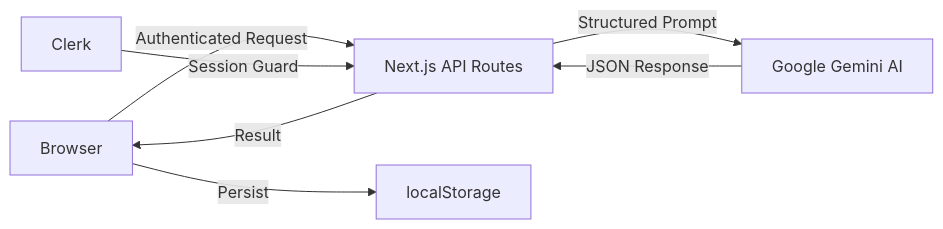
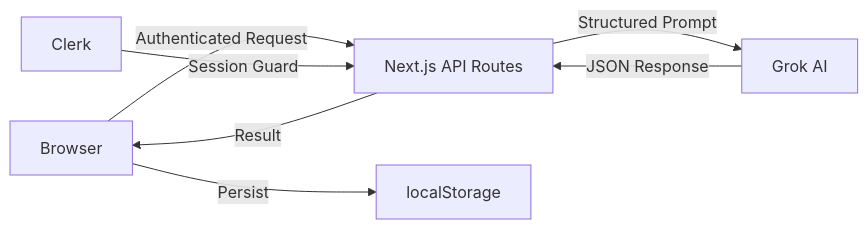
Before and after one commit to RISHIE2006/Signl: the diagram in README.md, drawn with Mermaid. The commit also changed other lines of this file and 20 other files, not shown here.

````diff
--- a/README.md
+++ b/README.md
@@ -230,9 +230,9 @@
 ```mermaid
 graph LR
     A[Browser] -->|Authenticated Request| B[Next.js API Routes]
-    B -->|Structured Prompt| C[Google Gemini AI]
+    B -->|Structured Prompt| C[Grok AI]
     C -->|JSON Response| B
     B -->|Result| A
     A -->|Persist| D[localStorage]
     E[Clerk] -->|Session Guard| B
 ```
````
